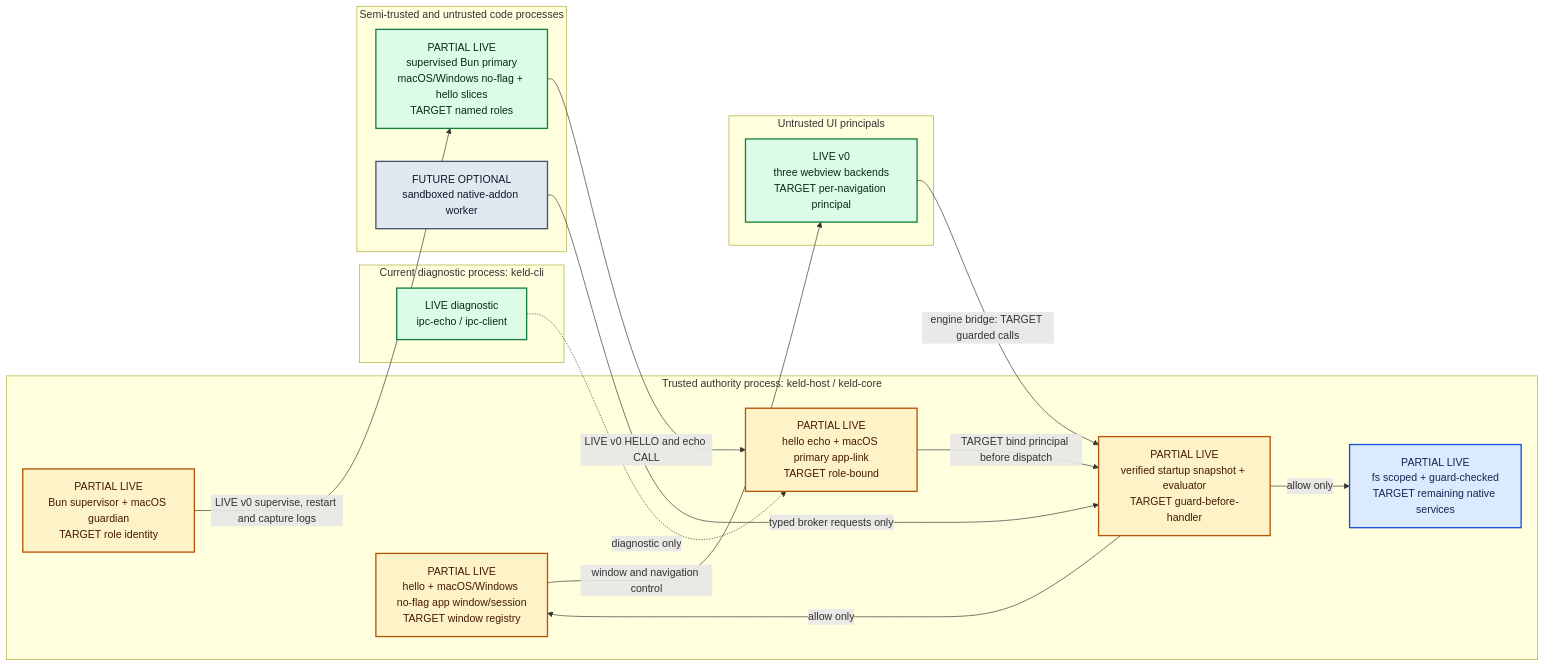
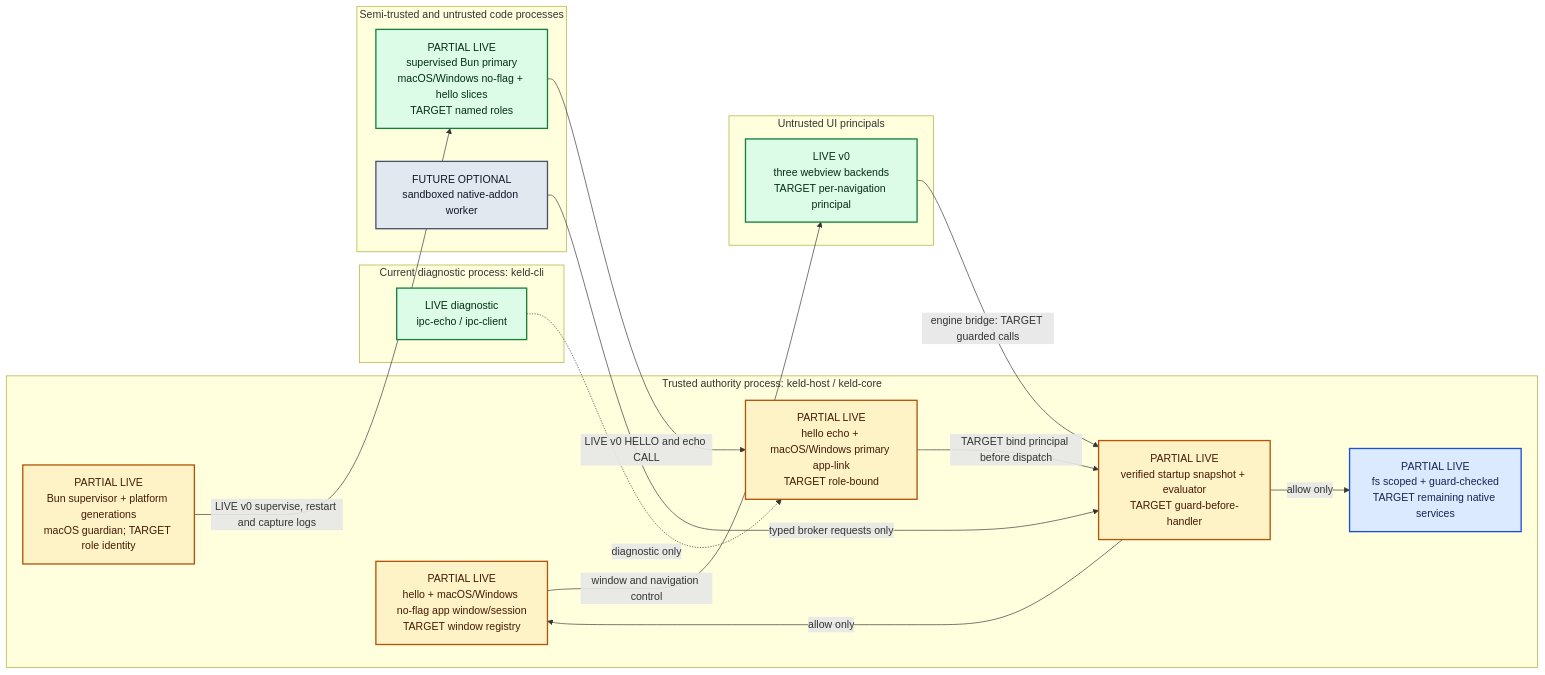
One commit to gyldlab/keld changed the diagram in docs/architecture/01-overview.md. Above: the diagram before and after it, drawn with Mermaid. The commit also changed 7 other files, not shown here.

Commit message:
fix(host): harden Windows stage and app ownership

````diff
--- a/docs/architecture/01-overview.md
+++ b/docs/architecture/01-overview.md
@@ -9,56 +9,56 @@
 ```mermaid
 flowchart LR
     accTitle: Keld process and trust topology
     accDescr {
       The trusted Rust host owns privileged resources and mediates webview and Bun-role
       requests. The live v0 slice has three webview backends, a guard evaluator, a
       host-owned token-authenticated echo link co-lived with the hello window (KEL-30),
       the macOS and Windows no-flag validated host/window/primary-session slices (KEL-96)
       with KEL-102/T2's verified immutable startup policy snapshot,
       KEL-70/KEL-116 supervision, and guard-checked scoped filesystem access (KEL-71).
       Full role-bound app-link identity, guarded role
       dispatch, the remaining native services, and an optional sandboxed native-addon
       worker remain destination behavior.
     }
 
     subgraph Host["Trusted authority process: keld-host / keld-core"]
         Core["PARTIAL LIVE<br/>hello + macOS/Windows no-flag app window/session<br/>TARGET window registry"]
-        Link["PARTIAL LIVE<br/>hello echo + macOS primary app-link<br/>TARGET role-bound"]
+        Link["PARTIAL LIVE<br/>hello echo + macOS/Windows primary app-link<br/>TARGET role-bound"]
         Guard["PARTIAL LIVE<br/>verified startup snapshot + evaluator<br/>TARGET guard-before-handler"]
         Native["PARTIAL LIVE<br/>fs scoped + guard-checked<br/>TARGET remaining native services"]
-        Runtime["PARTIAL LIVE<br/>Bun supervisor + macOS guardian<br/>TARGET role identity"]
+        Runtime["PARTIAL LIVE<br/>Bun supervisor + platform generations<br/>macOS guardian; TARGET role identity"]
     end
 
     subgraph Prototype["Current diagnostic process: keld-cli"]
         CliDiag["LIVE diagnostic<br/>ipc-echo / ipc-client"]
     end
 
     subgraph UI["Untrusted UI principals"]
         Webview["LIVE v0<br/>three webview backends<br/>TARGET per-navigation principal"]
     end
 
     subgraph JS["Semi-trusted and untrusted code processes"]
         App["PARTIAL LIVE<br/>supervised Bun primary<br/>macOS/Windows no-flag + hello slices<br/>TARGET named roles"]
         Addon["FUTURE OPTIONAL<br/>sandboxed native-addon worker"]
     end
 
     Runtime -->|LIVE v0 supervise, restart and capture logs| App
     App -->|LIVE v0 HELLO and echo CALL| Link
     CliDiag -.->|diagnostic only| Link
     Link -->|TARGET bind principal before dispatch| Guard
     Webview -->|engine bridge: TARGET guarded calls| Guard
     Addon -->|typed broker requests only| Guard
     Guard -->|allow only| Core
     Guard -->|allow only| Native
     Core -->|window and navigation control| Webview
 
     classDef current fill:#dcfce7,stroke:#15803d,color:#052e16,stroke-width:2px;
     classDef target fill:#dbeafe,stroke:#1d4ed8,color:#172554,stroke-width:2px;
     classDef gate fill:#fef3c7,stroke:#b45309,color:#451a03,stroke-width:2px;
     classDef external fill:#e2e8f0,stroke:#475569,color:#0f172a,stroke-width:2px;
 
     class Native target;
     class Core,Link,Runtime,Guard gate;
     class CliDiag,Webview,App current;
     class Addon external;
 ```
````
